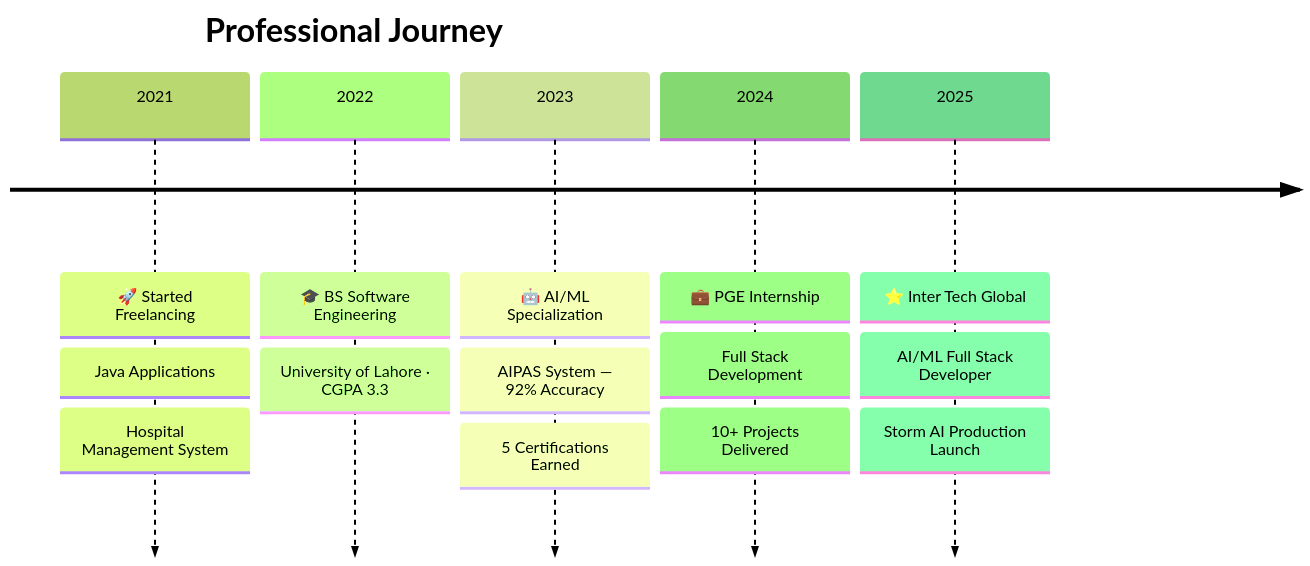
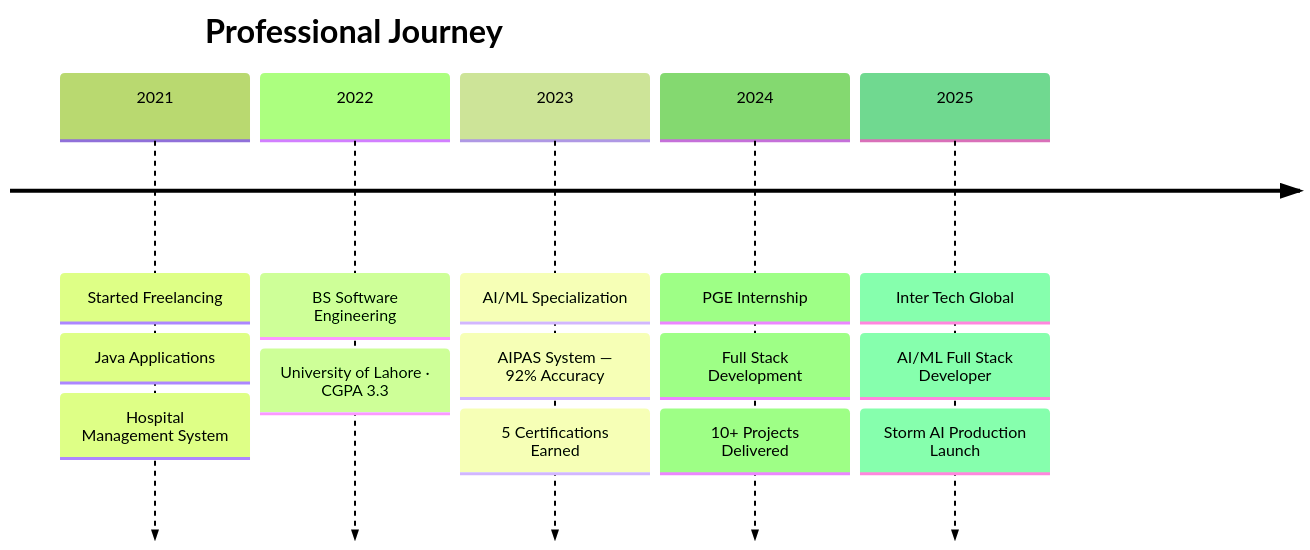
One commit to Hamza-Kahloon786/Hamza-Kahloon786 changed the eighth of 10 diagrams in README.md. Above: the diagram before and after it, drawn with Mermaid (forest theme). The commit also changed other lines of this file and 23 other files, not shown here.

````diff
--- a/README.md
+++ b/README.md
@@ -288,18 +301,18 @@
 ```mermaid
 timeline
     title Professional Journey
-    2021 : 🚀 Started Freelancing
+    2021 : Started Freelancing
          : Java Applications
          : Hospital Management System
-    2022 : 🎓 BS Software Engineering
+    2022 : BS Software Engineering
          : University of Lahore · CGPA 3.3
-    2023 : 🤖 AI/ML Specialization
+    2023 : AI/ML Specialization
          : AIPAS System — 92% Accuracy
          : 5 Certifications Earned
-    2024 : 💼 PGE Internship
+    2024 : PGE Internship
          : Full Stack Development
          : 10+ Projects Delivered
-    2025 : ⭐ Inter Tech Global
+    2025 : Inter Tech Global
          : AI/ML Full Stack Developer
          : Storm AI Production Launch
 ```
````
